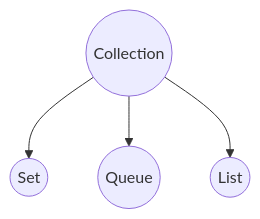
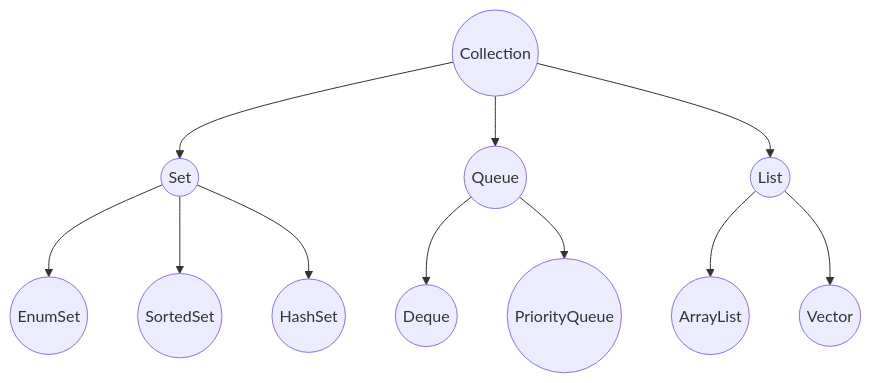
Before and after one commit to Daniel-Wei/Algo_DS_Notes: the diagram in 数据结构/Readme.md, drawn with Mermaid.

````diff
--- a/数据结构/Readme.md
+++ b/数据结构/Readme.md
@@ -3,14 +3,31 @@
 ```mermaid 
 graph TB;
 
 A((Collection))
 B((Set))
 C((Queue))
 D((List))
+E((EnumSet))
+F((SortedSet))
+G((HashSet))
+H((Deque))
+I((PriorityQueue))
+J((ArrayList))
+K((Vector))
 
 A-->B;
 A-->C;
 A-->D;
 
+B-->E;
+B-->F;
+B-->G;
+
+C-->H;
+C-->I;
+
+D-->J;
+D-->K;
+
 
 ```
````
